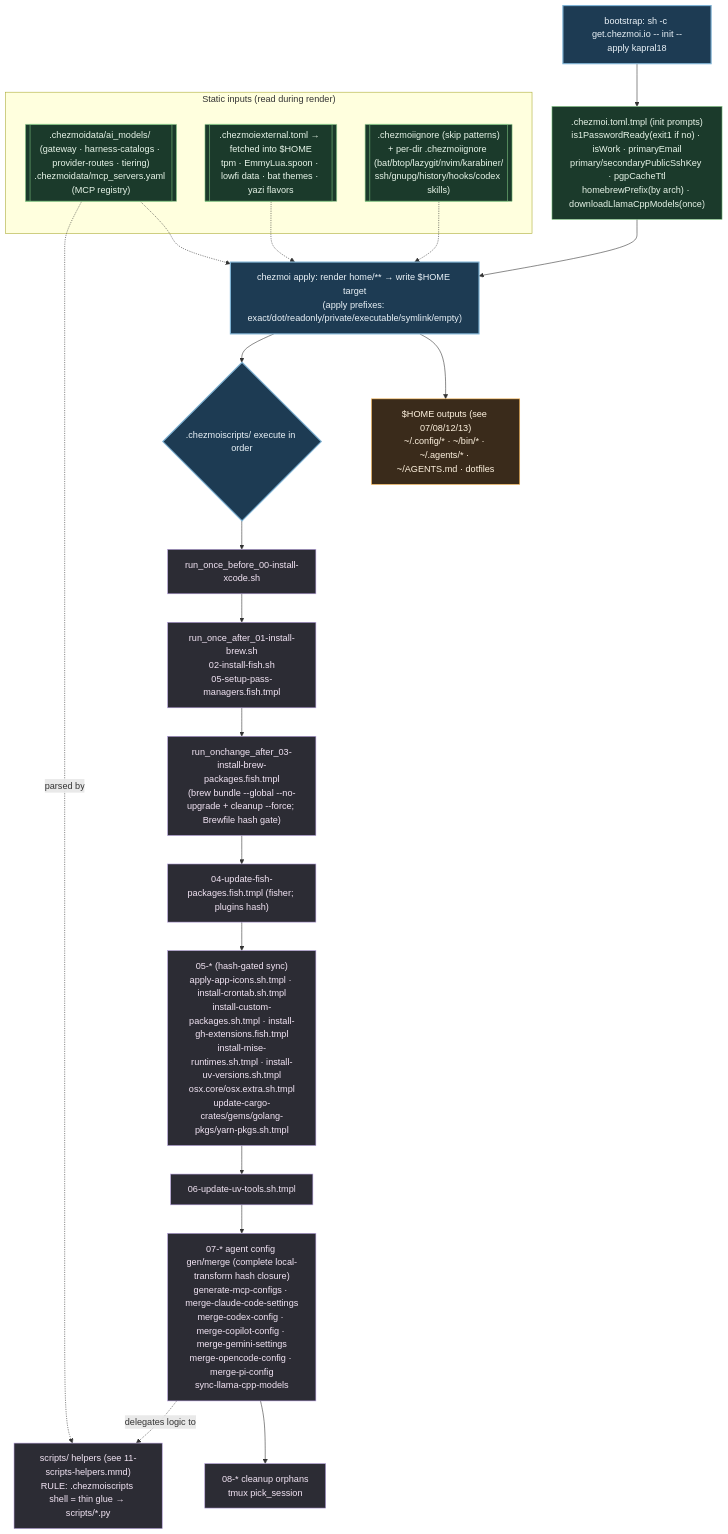
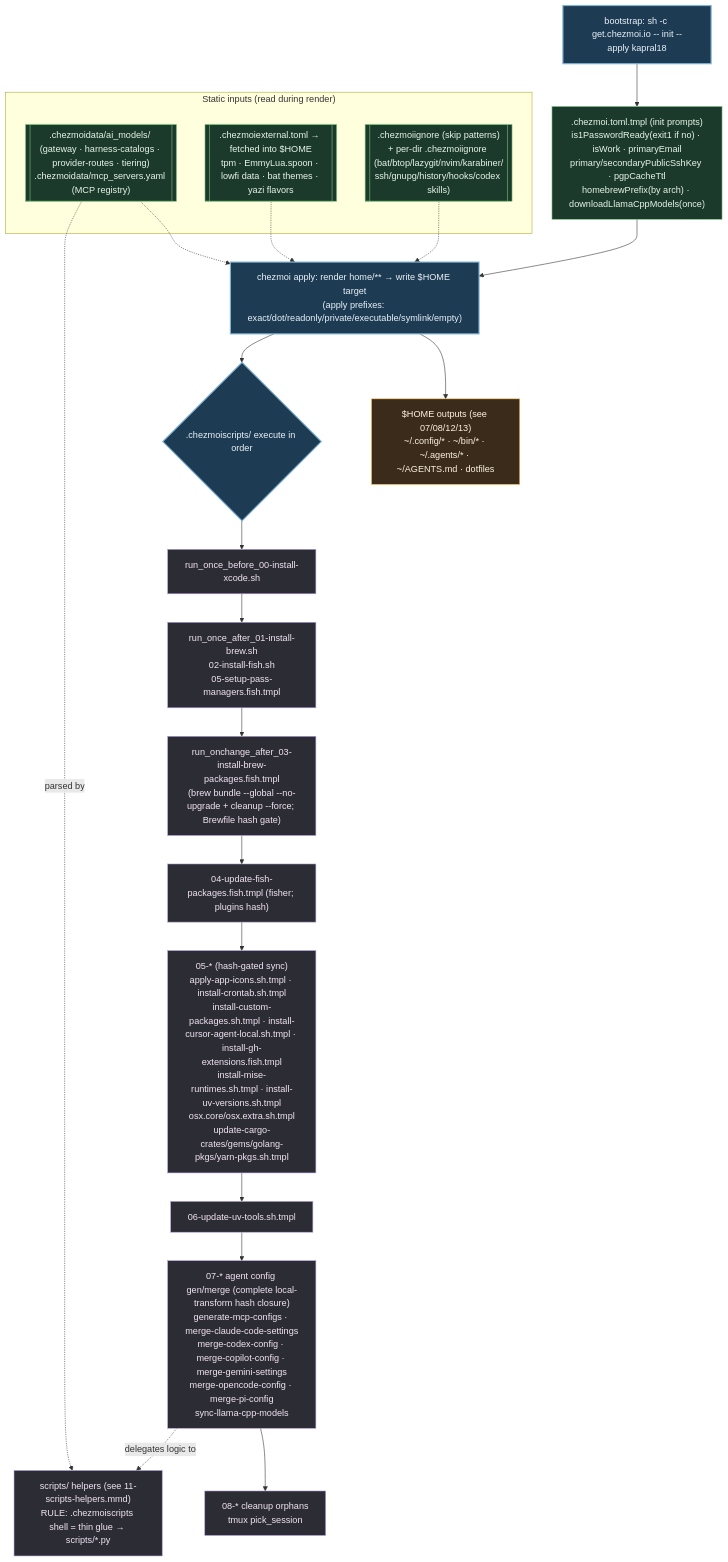
One commit to kapral18/dotfiles changed the diagram in .mermaids/01-chezmoi-pipeline.mmd. Above: the diagram before and after it, drawn with Mermaid. The commit also changed 69 other files, not shown here.

```diff
--- a/.mermaids/01-chezmoi-pipeline.mmd
+++ b/.mermaids/01-chezmoi-pipeline.mmd
@@ -1,41 +1,41 @@
 %% ============================================================================
 %% 01-chezmoi-pipeline.mmd — `chezmoi apply` lifecycle. Names EVERY hook in
-%% home/.chezmoiscripts/ (28) and every config/data input. Hooks run in
+%% home/.chezmoiscripts/ (29) and every config/data input. Hooks run in
 %% filename order: run_once_before < run_once_after < run_onchange_after,
 %% then numeric 00..08 within each class. *.tmpl = templated; .fish.tmpl run
 %% under fish; .sh / .sh.tmpl run under bash.
 %% ============================================================================
 flowchart TD
     classDef phase fill:#1d3b53,stroke:#7fb3d5,color:#eaf2f8,stroke-width:2px;
     classDef data fill:#1b3a2b,stroke:#81c784,color:#e8f5e9;
     classDef script fill:#2c2c34,stroke:#b39ddb,color:#f3e5f5;
     classDef out fill:#3a2b1b,stroke:#ffb74d,color:#fff3e0;
 
     BOOT["bootstrap: sh -c get.chezmoi.io -- init --apply kapral18"]:::phase
     INIT[".chezmoi.toml.tmpl (init prompts)<br/>is1PasswordReady(exit1 if no) · isWork · primaryEmail<br/>primary/secondaryPublicSshKey · pgpCacheTtl<br/>homebrewPrefix(by arch) · downloadLlamaCppModels(once)"]:::data
 
     subgraph INPUTS["Static inputs (read during render)"]
         DATA[[".chezmoidata/ai_models/ (gateway · harness-catalogs · provider-routes · tiering)<br/>.chezmoidata/mcp_servers.yaml (MCP registry)"]]:::data
         EXT[[".chezmoiexternal.toml → fetched into $HOME<br/>tpm · EmmyLua.spoon · lowfi data · bat themes · yazi flavors"]]:::data
         IGN[[".chezmoiignore (skip patterns)<br/>+ per-dir .chezmoiignore (bat/btop/lazygit/nvim/karabiner/<br/>ssh/gnupg/history/hooks/codex skills)"]]:::data
     end
 
     BOOT --> INIT --> APPLY
     DATA & EXT & IGN -.-> APPLY
 
     APPLY["chezmoi apply: render home/** → write $HOME target<br/>(apply prefixes: exact/dot/readonly/private/executable/symlink/empty)"]:::phase
     APPLY --> TARGETS["$HOME outputs (see 07/08/12/13)<br/>~/.config/* · ~/bin/* · ~/.agents/* · ~/AGENTS.md · dotfiles"]:::out
 
     APPLY --> HOOKS{".chezmoiscripts/ execute in order"}:::phase
 
     HOOKS --> B0["run_once_before_00-install-xcode.sh"]:::script
     B0 --> A01["run_once_after_01-install-brew.sh<br/>02-install-fish.sh<br/>05-setup-pass-managers.fish.tmpl"]:::script
     A01 --> C03["run_onchange_after_03-install-brew-packages.fish.tmpl<br/>(brew bundle --global --no-upgrade + cleanup --force; Brewfile hash gate)"]:::script
     C03 --> C04["04-update-fish-packages.fish.tmpl (fisher; plugins hash)"]:::script
-    C04 --> C05["05-* (hash-gated sync)<br/>apply-app-icons.sh.tmpl · install-crontab.sh.tmpl<br/>install-custom-packages.sh.tmpl · install-gh-extensions.fish.tmpl<br/>install-mise-runtimes.sh.tmpl · install-uv-versions.sh.tmpl<br/>osx.core/osx.extra.sh.tmpl<br/>update-cargo-crates/gems/golang-pkgs/yarn-pkgs.sh.tmpl"]:::script
+    C04 --> C05["05-* (hash-gated sync)<br/>apply-app-icons.sh.tmpl · install-crontab.sh.tmpl<br/>install-custom-packages.sh.tmpl · install-cursor-agent-local.sh.tmpl · install-gh-extensions.fish.tmpl<br/>install-mise-runtimes.sh.tmpl · install-uv-versions.sh.tmpl<br/>osx.core/osx.extra.sh.tmpl<br/>update-cargo-crates/gems/golang-pkgs/yarn-pkgs.sh.tmpl"]:::script
     C05 --> C06["06-update-uv-tools.sh.tmpl"]:::script
     C06 --> C07["07-* agent config gen/merge (complete local-transform hash closure)<br/>generate-mcp-configs · merge-claude-code-settings<br/>merge-codex-config · merge-copilot-config · merge-gemini-settings<br/>merge-opencode-config · merge-pi-config<br/>sync-llama-cpp-models"]:::script
     C07 --> C08["08-* cleanup orphans<br/>tmux pick_session"]:::script
 
     C07 -. delegates logic to .-> HELP["scripts/ helpers (see 11-scripts-helpers.mmd)<br/>RULE: .chezmoiscripts shell = thin glue → scripts/*.py"]:::script
     DATA -.parsed by.-> HELP
```
